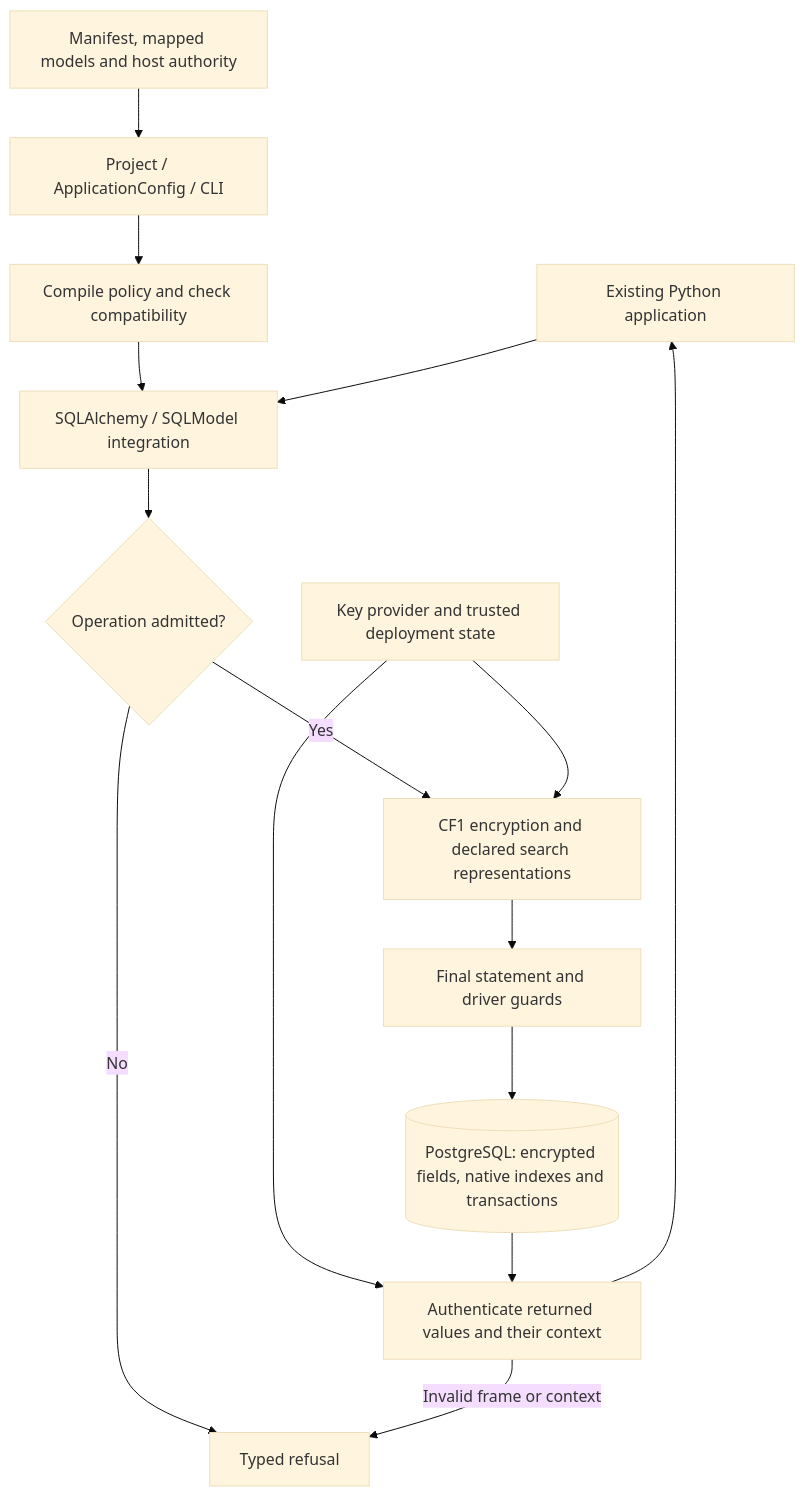
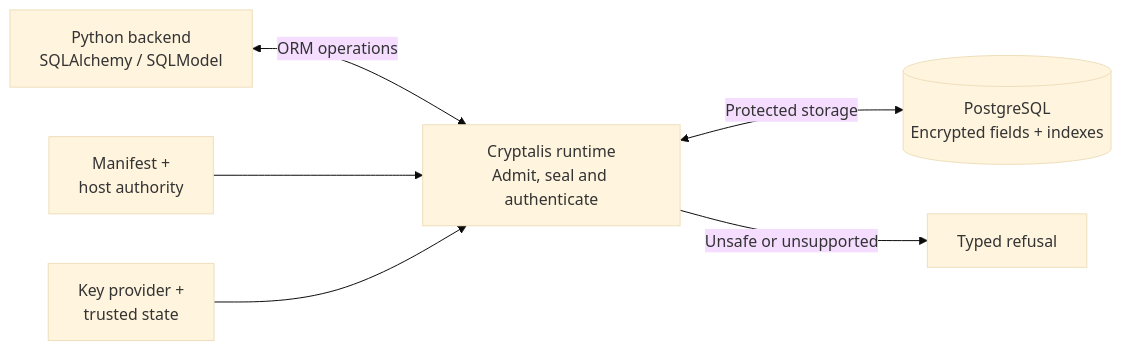
One commit to Debrato2005/cryptalis changed the first of 3 diagrams in README.md. Above: the diagram before and after it, drawn with Mermaid (base theme). The commit also changed other lines of this file, not shown here.

First line of the commit message:
docs: lay out README diagrams horizontally

````diff
--- a/README.md
+++ b/README.md
@@ -32,24 +32,15 @@
 ```mermaid
-flowchart TB
-    APP["Existing Python application"]
-    INPUT["Manifest, mapped models and host authority"]
-    API["Project / ApplicationConfig / CLI"]
-    CHECK["Compile policy and check compatibility"]
-    ORM["SQLAlchemy / SQLModel integration"]
-    ADMIT{"Operation admitted?"}
-    CRYPTO["CF1 encryption and declared search representations"]
-    GUARD["Final statement and driver guards"]
-    PG[("PostgreSQL: encrypted fields, native indexes and transactions")]
-    OPEN["Authenticate returned values and their context"]
+flowchart LR
+    APP["Python backend<br/>SQLAlchemy / SQLModel"]
+    RUNTIME["Cryptalis runtime<br/>Admit, seal and authenticate"]
+    PG[("PostgreSQL<br/>Encrypted fields + indexes")]
+    POLICY["Manifest +<br/>host authority"]
+    KEYS["Key provider +<br/>trusted state"]
     FAIL["Typed refusal"]
-    KEYS["Key provider and trusted deployment state"]
 
-    INPUT --> API --> CHECK --> ORM
-    APP --> ORM --> ADMIT
-    ADMIT -->|Yes| CRYPTO --> GUARD --> PG
-    ADMIT -->|No| FAIL
-    KEYS --> CRYPTO
-    KEYS --> OPEN
-    PG --> OPEN --> APP
-    OPEN -->|Invalid frame or context| FAIL
+    APP <-->|ORM operations| RUNTIME
+    POLICY --> RUNTIME
+    KEYS --> RUNTIME
+    RUNTIME <-->|Protected storage| PG
+    RUNTIME -->|Unsafe or unsupported| FAIL
 ```
````
